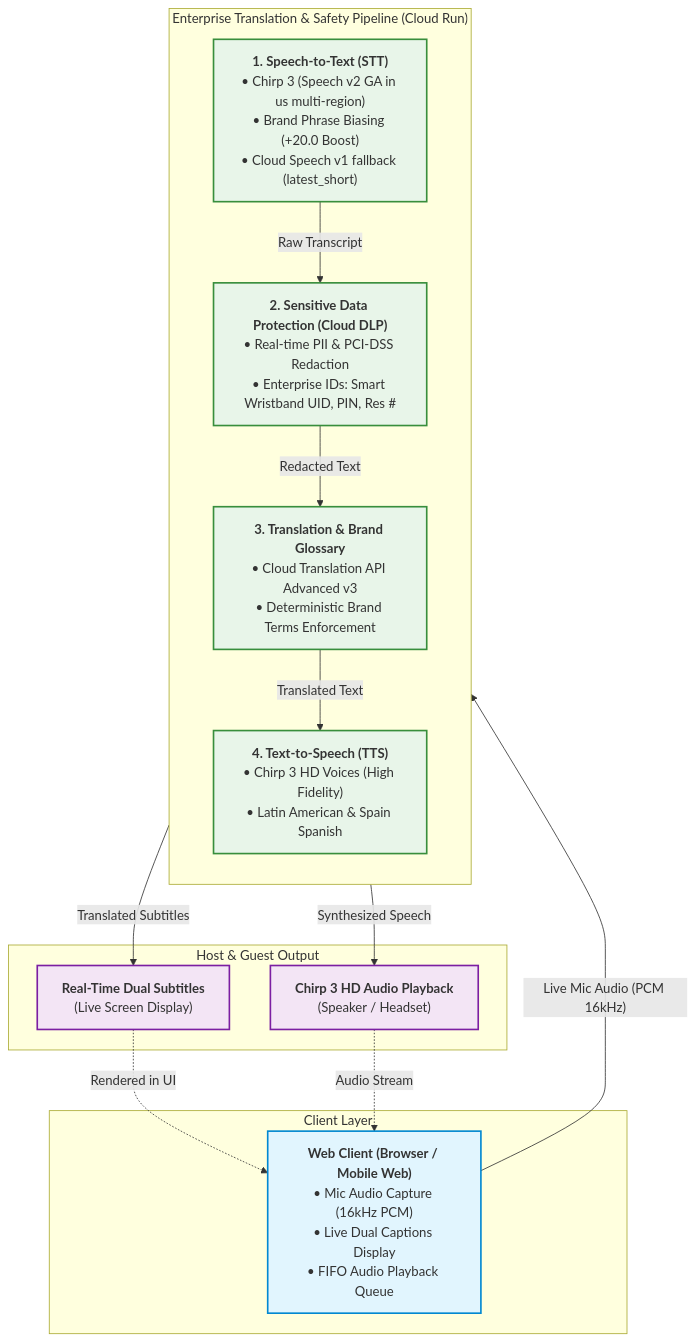
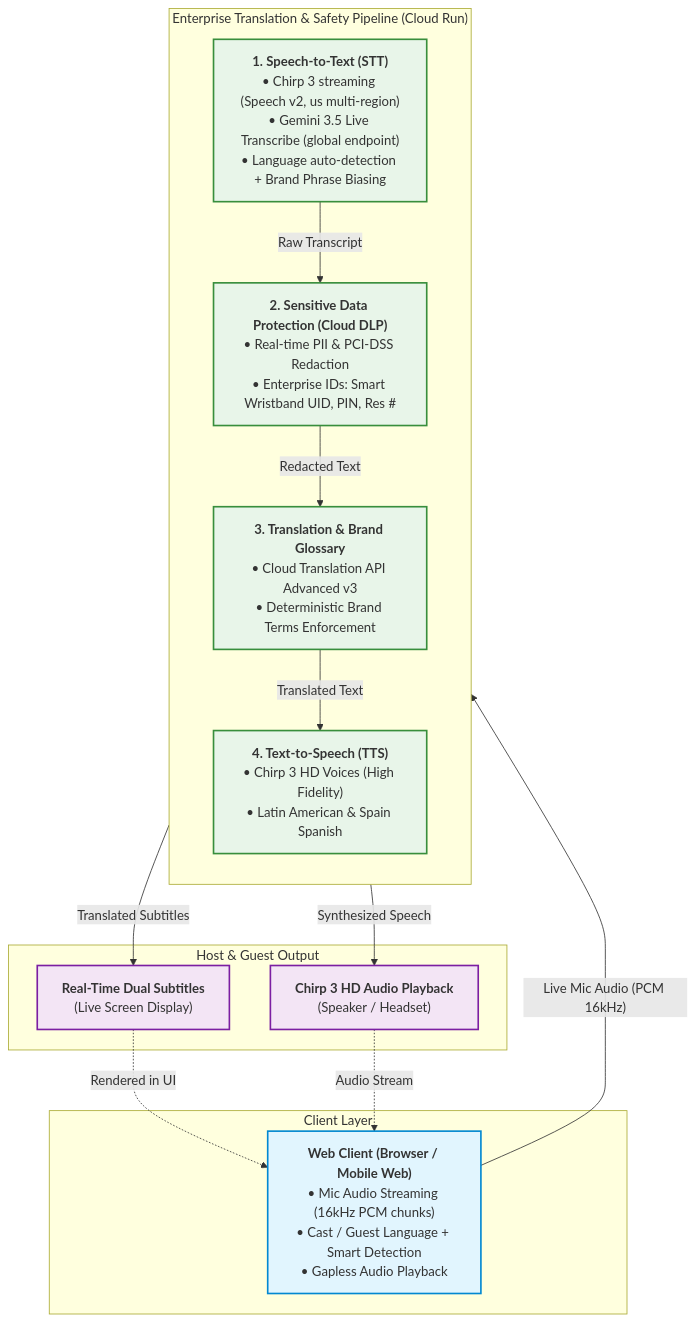
Before and after one commit to John-Anthony-L/GCP-Live-Translation: the diagram in README.md, drawn with Mermaid. The commit also changed other lines of this file and 14 other files, not shown here.

Commit message:
feat: add Speech V2 Chirp 3 & Gemini 3.5/3.8 Live engines, continuous hot-swap, per-turn latency, and interactive timeline scrubber

````diff
--- a/README.md
+++ b/README.md
@@ -26,42 +26,42 @@
 ```mermaid
 flowchart TD
     subgraph Client["Client Layer"]
-        Web["<b>Web Client (Browser / Mobile Web)</b><br/>• Mic Audio Capture (16kHz PCM)<br/>• Live Dual Captions Display<br/>• FIFO Audio Playback Queue"]
+        Web["<b>Web Client (Browser / Mobile Web)</b><br/>• Mic Audio Streaming (16kHz PCM chunks)<br/>• Cast / Guest Language + Smart Detection<br/>• Gapless Audio Playback"]
     end
 
     subgraph Pipeline["Enterprise Translation & Safety Pipeline (Cloud Run)"]
         direction TB
-        STT["<b>1. Speech-to-Text (STT)</b><br/>• Chirp 3 (Speech v2 GA in us multi-region)<br/>• Brand Phrase Biasing (+20.0 Boost)<br/>• Cloud Speech v1 fallback (latest_short)"]
+        STT["<b>1. Speech-to-Text (STT)</b><br/>• Chirp 3 streaming (Speech v2, us multi-region)<br/>• Gemini 3.5 Live Transcribe (global endpoint)<br/>• Language auto-detection + Brand Phrase Biasing"]
         DLP["<b>2. Sensitive Data Protection (Cloud DLP)</b><br/>• Real-time PII & PCI-DSS Redaction<br/>• Enterprise IDs: Smart Wristband UID, PIN, Res #"]
         Trans["<b>3. Translation & Brand Glossary</b><br/>• Cloud Translation API Advanced v3<br/>• Deterministic Brand Terms Enforcement"]
         TTS["<b>4. Text-to-Speech (TTS)</b><br/>• Chirp 3 HD Voices (High Fidelity)<br/>• Latin American & Spain Spanish"]
     end
 
     subgraph Experience["Host & Guest Output"]
         TextOut["<b>Real-Time Dual Subtitles</b><br/>(Live Screen Display)"]
         AudioOut["<b>Chirp 3 HD Audio Playback</b><br/>(Speaker / Headset)"]
     end
 
     %% Audio input flow
     Web -->|"Live Mic Audio (PCM 16kHz)"| STT
     STT -->|"Raw Transcript"| DLP
     DLP -->|"Redacted Text"| Trans
     Trans -->|"Translated Text"| TTS
 
     %% Output flow directly from Translation Pipeline
     Trans -->|"Translated Subtitles"| TextOut
     TTS -->|"Synthesized Speech"| AudioOut
 
     %% Feedback loop to Web Client UI
     TextOut -.->|"Rendered in UI"| Web
     AudioOut -.->|"Audio Stream"| Web
 
     %% Styling
     classDef clientStyle fill:#e1f5fe,stroke:#0288d1,stroke-width:2px;
     classDef pipeStyle fill:#e8f5e9,stroke:#388e3c,stroke-width:2px;
     classDef outStyle fill:#f3e5f5,stroke:#7b1fa2,stroke-width:2px;
 
     class Web clientStyle;
     class STT,DLP,Trans,TTS pipeStyle;
     class AudioOut,TextOut outStyle;
 ```
````
